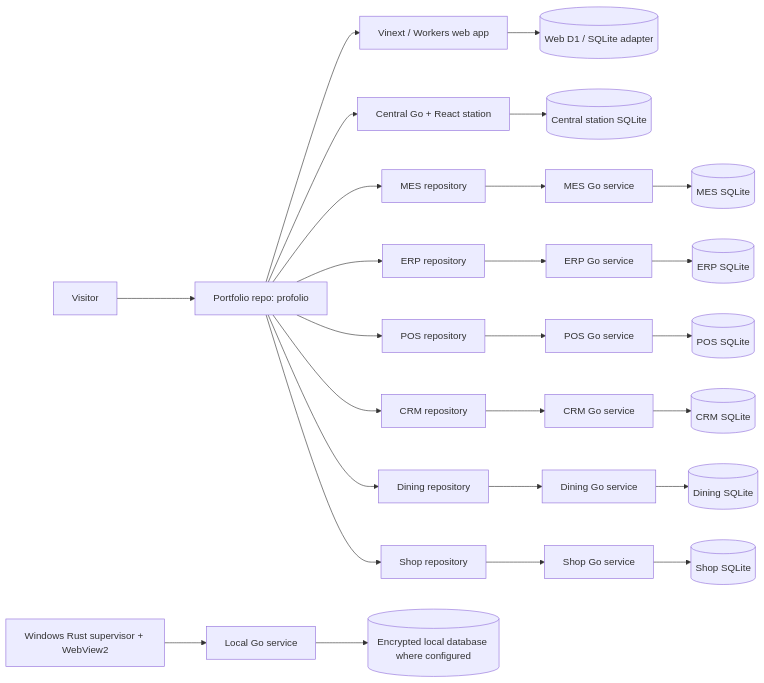
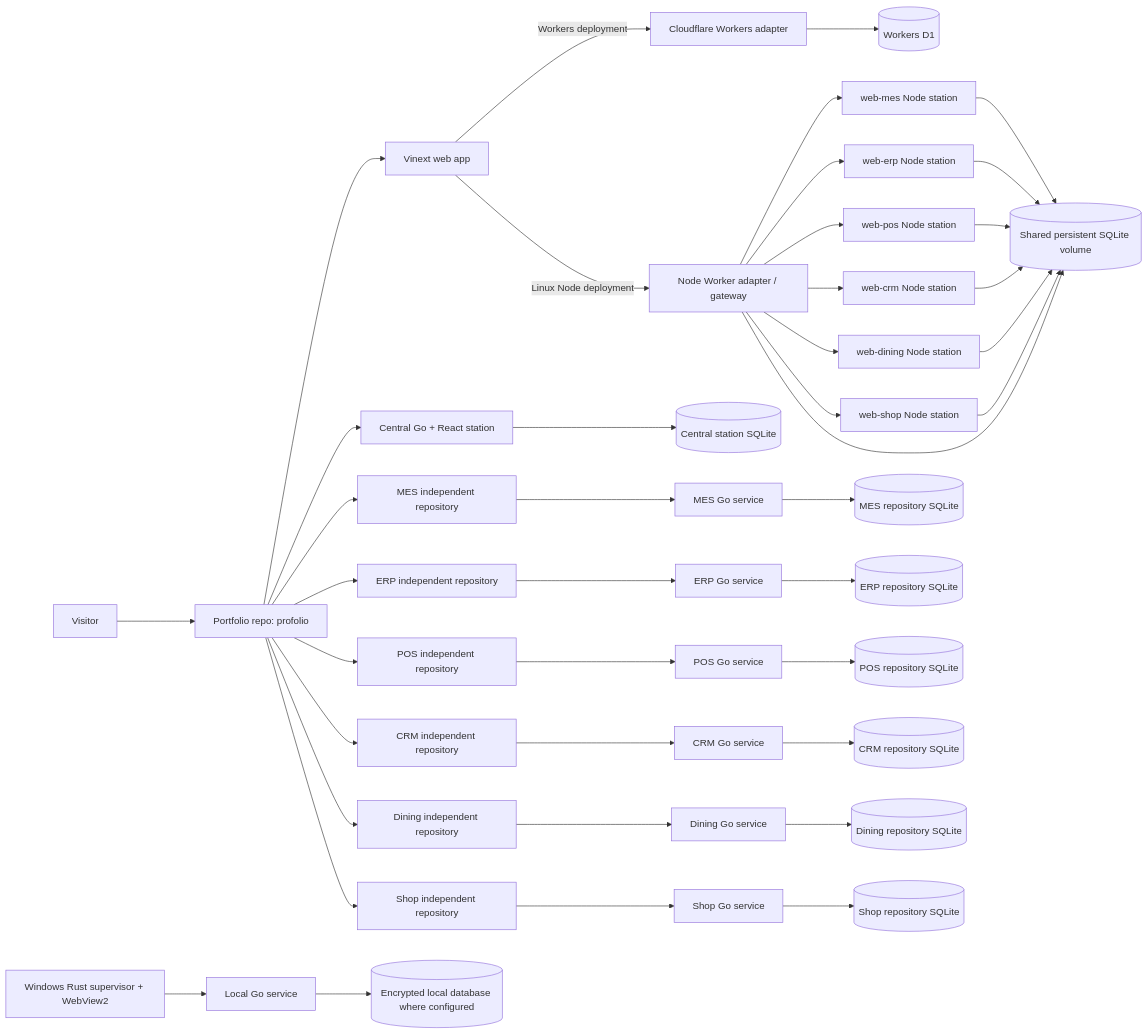
The diagram in docs/CONSTRUCTION.md (Davis1233798/profolio), drawn with Mermaid before and after one commit. The commit also changed other lines of this file and 1 other file, not shown here.

Commit message:
docs: clarify portfolio database topology

````diff
--- a/docs/CONSTRUCTION.md
+++ b/docs/CONSTRUCTION.md
@@ -11,28 +11,43 @@
 ```mermaid
 flowchart LR
   Visitor --> Portfolio[Portfolio repo: profolio]
-  Portfolio --> Web[Vinext / Workers web app]
-  Web --> D1[(Web D1 / SQLite adapter)]
+  Portfolio --> Web[Vinext web app]
+  Web -->|Workers deployment| Workers[Cloudflare Workers adapter]
+  Workers --> D1[(Workers D1)]
+  Web -->|Linux Node deployment| MainWeb[Node Worker adapter / gateway]
+  MainWeb --> WebMES[web-mes Node station]
+  MainWeb --> WebERP[web-erp Node station]
+  MainWeb --> WebPOS[web-pos Node station]
+  MainWeb --> WebCRM[web-crm Node station]
+  MainWeb --> WebDining[web-dining Node station]
+  MainWeb --> WebShop[web-shop Node station]
+  MainWeb --> SharedWebDB[(Shared persistent SQLite volume)]
+  WebMES --> SharedWebDB
+  WebERP --> SharedWebDB
+  WebPOS --> SharedWebDB
+  WebCRM --> SharedWebDB
+  WebDining --> SharedWebDB
+  WebShop --> SharedWebDB
   Portfolio --> Central[Central Go + React station]
   Central --> CDB[(Central station SQLite)]
-  Portfolio --> MESRepo[MES repository]
+  Portfolio --> MESRepo[MES independent repository]
   MESRepo --> MESService[MES Go service]
-  MESService --> MESDB[(MES SQLite)]
-  Portfolio --> ERPRepo[ERP repository]
+  MESService --> MESDB[(MES repository SQLite)]
+  Portfolio --> ERPRepo[ERP independent repository]
   ERPRepo --> ERPService[ERP Go service]
-  ERPService --> ERPDB[(ERP SQLite)]
-  Portfolio --> POSRepo[POS repository]
+  ERPService --> ERPDB[(ERP repository SQLite)]
+  Portfolio --> POSRepo[POS independent repository]
   POSRepo --> POSService[POS Go service]
-  POSService --> POSDB[(POS SQLite)]
-  Portfolio --> CRMRepo[CRM repository]
+  POSService --> POSDB[(POS repository SQLite)]
+  Portfolio --> CRMRepo[CRM independent repository]
   CRMRepo --> CRMService[CRM Go service]
-  CRMService --> CRMDB[(CRM SQLite)]
-  Portfolio --> DiningRepo[Dining repository]
+  CRMService --> CRMDB[(CRM repository SQLite)]
+  Portfolio --> DiningRepo[Dining independent repository]
   DiningRepo --> DiningService[Dining Go service]
-  DiningService --> DiningDB[(Dining SQLite)]
-  Portfolio --> ShopRepo[Shop repository]
+  DiningService --> DiningDB[(Dining repository SQLite)]
+  Portfolio --> ShopRepo[Shop independent repository]
   ShopRepo --> ShopService[Shop Go service]
-  ShopService --> ShopDB[(Shop SQLite)]
+  ShopService --> ShopDB[(Shop repository SQLite)]
   Desktop[Windows Rust supervisor + WebView2] --> LocalGo[Local Go service]
   LocalGo --> LocalDB[(Encrypted local database where configured)]
 ```
````
